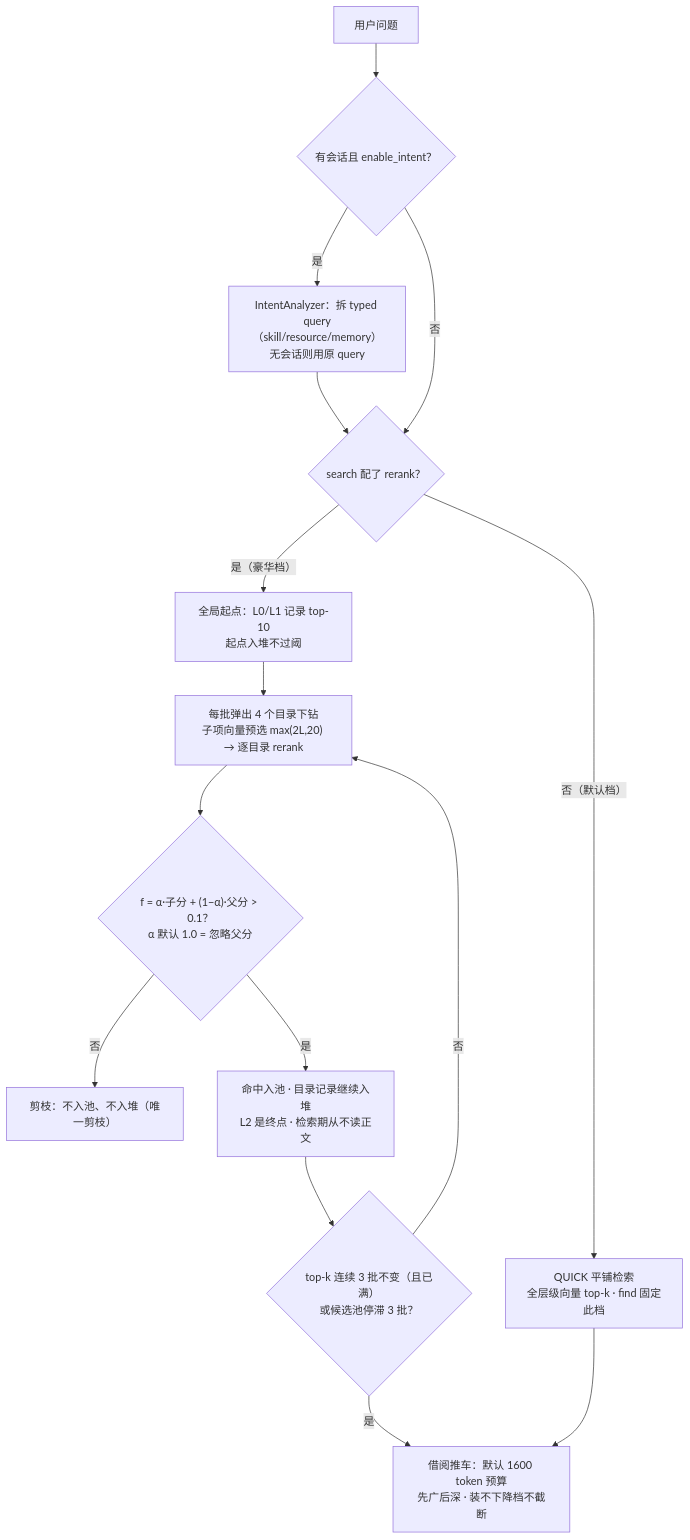
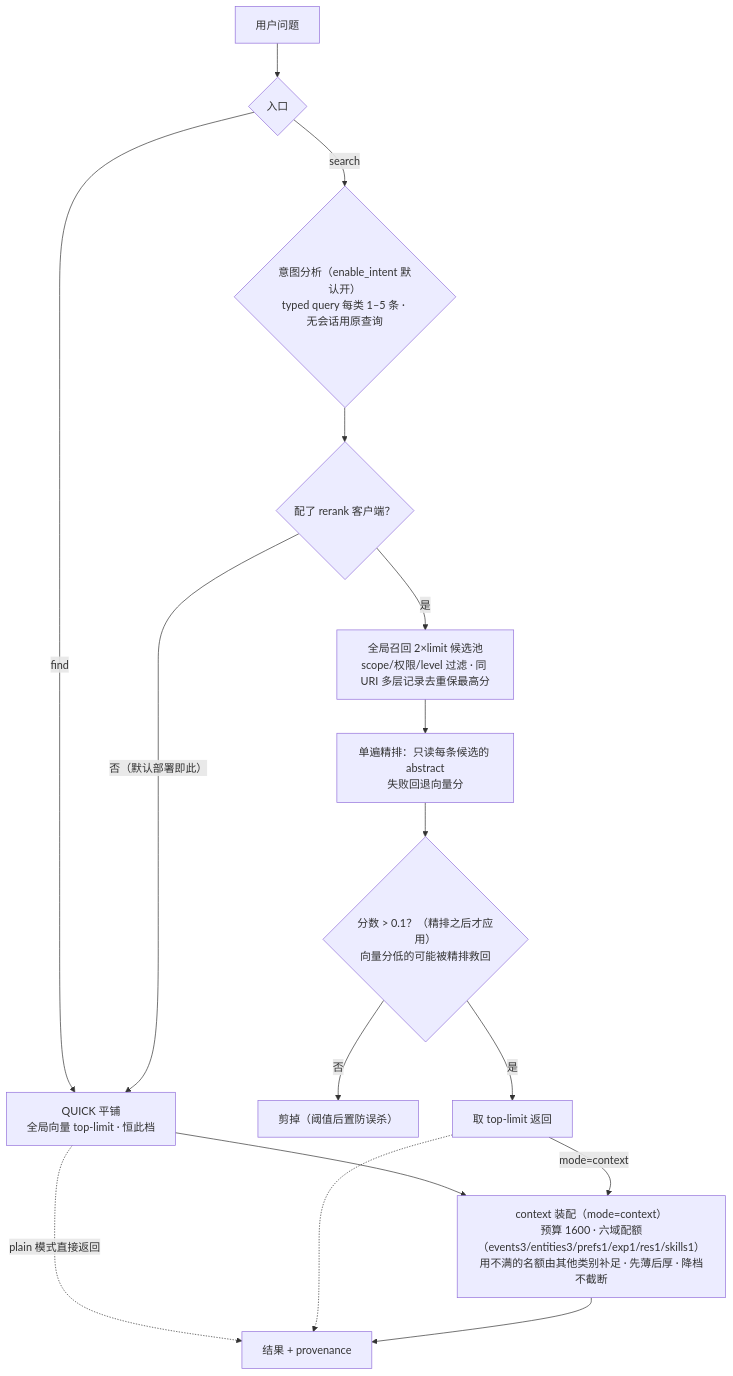
The diagram in docs/assets/mermaid/cognitive-context/openviking--retrieval-phase.mmd (ThreeFish-AI/negentropy), drawn with Mermaid before and after one commit. The commit also changed 30 other files, not shown here.

```diff
--- a/docs/assets/mermaid/cognitive-context/openviking--retrieval-phase.mmd
+++ b/docs/assets/mermaid/cognitive-context/openviking--retrieval-phase.mmd
@@ -1,19 +1,21 @@
-%% source: docs/research/cognitive-context/014-openviking.md §5（图 2）
+%% source: docs/research/cognitive-context/014-openviking.md §5（图 2；换代重绘）
 %% slug: openviking--retrieval-phase
 %% type: workflow
 %% derived: docs/assets/architecture/cognitive-context/openviking--retrieval-phase.html
+%% fix: 2026-10-22 上游 #5450（v0.4.23）删除目录递归/父分传播/收敛刹车，本图按钉点 6227af51 全量重绘
 flowchart TD
-  Q["用户问题"] --> HASS{"有会话且 enable_intent？"}
-  HASS -- "是" --> IT["IntentAnalyzer：拆 typed query（skill/resource/memory）<br/>无会话则用原 query"]
-  IT --> MODE{"search 配了 rerank？"}
-  HASS -- "否" --> MODE
-  MODE -- "否（默认档）" --> QUICK["QUICK 平铺检索<br/>全层级向量 top-k · find 固定此档"]
-  MODE -- "是（豪华档）" --> START["全局起点：L0/L1 记录 top-10<br/>起点入堆不过阈"]
-  START --> BATCH["每批弹出 4 个目录下钻<br/>子项向量预选 max(2L,20) → 逐目录 rerank"]
-  BATCH --> PRUNE{"f = α·子分 + (1−α)·父分 &gt; 0.1？<br/>α 默认 1.0 = 忽略父分"}
-  PRUNE -- "否" --> CUT["剪枝：不入池、不入堆（唯一剪枝）"]
-  PRUNE -- "是" --> POOL["命中入池 · 目录记录继续入堆<br/>L2 是终点 · 检索期从不读正文"]
-  POOL --> STOP{"top-k 连续 3 批不变（且已满）<br/>或候选池停滞 3 批？"}
-  STOP -- "否" --> BATCH
-  STOP -- "是" --> ASM["借阅推车：默认 1600 token 预算<br/>先广后深 · 装不下降档不截断"]
-  QUICK --> ASM
+  Q["用户问题"] --> ENTRY{"入口"}
+  ENTRY -- "find" --> QUICK["QUICK 平铺<br/>全局向量 top-limit · 恒此档"]
+  ENTRY -- "search" --> INT{"意图分析（enable_intent 默认开）<br/>typed query 每类 1–5 条 · 无会话用原查询"}
+  INT --> MODE{"配了 rerank 客户端？"}
+  MODE -- "否（默认部署即此）" --> QUICK
+  MODE -- "是" --> POOL["全局召回 2×limit 候选池<br/>scope/权限/level 过滤 · 同 URI 多层记录去重保最高分"]
+  QUICK --> ASM["context 装配（mode=context）<br/>预算 1600 · 六域配额（events3/entities3/prefs1/exp1/res1/skills1）<br/>用不满的名额由其他类别补足 · 先薄后厚 · 降档不截断"]
+  POOL --> RERANK["单遍精排：只读每条候选的 abstract<br/>失败回退向量分"]
+  RERANK --> THRESH{"分数 > 0.1？（精排之后才应用）<br/>向量分低的可能被精排救回"}
+  THRESH -- "否" --> CUT["剪掉（阈值后置防误杀）"]
+  THRESH -- "是" --> TOP["取 top-limit 返回"]
+  TOP -->|"mode=context"| ASM
+  QUICK -.->|"plain 模式直接返回"| OUT["结果 + provenance"]
+  TOP -.-> OUT
+  ASM --> OUT
```
